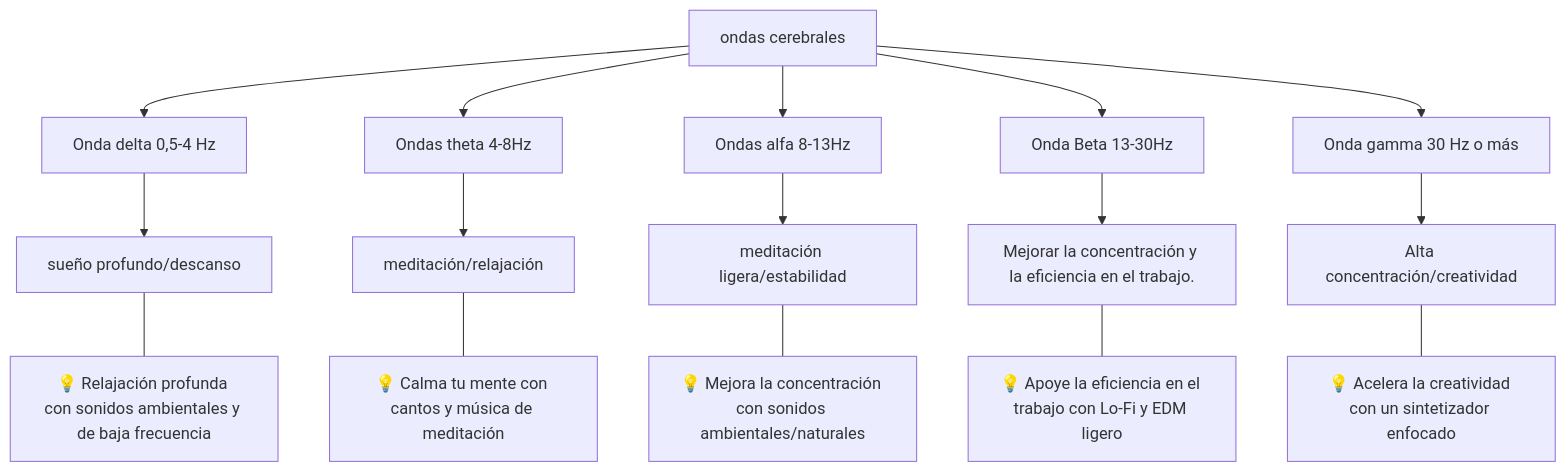
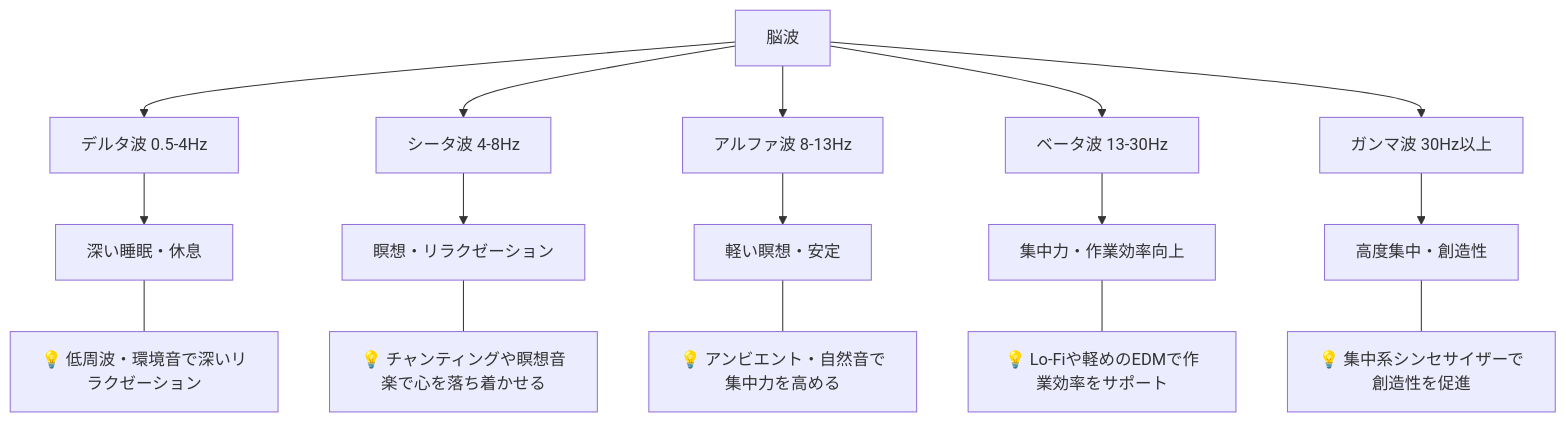
One commit to monumental-movement/monumental-movement.github.io changed the first of 4 diagrams in es/_posts/2025-11-09-column-yoga-music.md. Above: the diagram before and after it, drawn with Mermaid. The commit also changed other lines of this file and 299 other files, not shown here.

```diff
--- a/es/_posts/2025-11-09-column-yoga-music.md
+++ b/es/_posts/2025-11-09-column-yoga-music.md
@@ -118,25 +118,25 @@
 <div class="mermaid">
 
 flowchart TD
-    A[ondas cerebrales] --> B[Onda delta 0,5-4 Hz]
-    A --> C[Ondas theta 4-8Hz]
-    A --> D[Ondas alfa 8-13Hz]
-    A --> E[Onda Beta 13-30Hz]
-    A --> F[Onda gamma 30 Hz o más]
+    A[脳波] --> B[デルタ波 0.5-4Hz]
+    A --> C[シータ波 4-8Hz]
+    A --> D[アルファ波 8-13Hz]
+    A --> E[ベータ波 13-30Hz]
+    A --> F[ガンマ波 30Hz以上]
 
-    B --> B1[sueño profundo/descanso]
-    B1 --- BB["💡 Relajación profunda con sonidos ambientales y de baja frecuencia"]
+    B --> B1[深い睡眠・休息]
+    B1 --- BB["💡 低周波・環境音で深いリラクゼーション"]
     
-    C --> C1[meditación/relajación]
-    C1 --- CC["💡 Calma tu mente con cantos y música de meditación"]
+    C --> C1[瞑想・リラクゼーション]
+    C1 --- CC["💡 チャンティングや瞑想音楽で心を落ち着かせる"]
     
-    D --> D1[meditación ligera/estabilidad]
-    D1 --- DD["💡 Mejora la concentración con sonidos ambientales/naturales"]
+    D --> D1[軽い瞑想・安定]
+    D1 --- DD["💡 アンビエント・自然音で集中力を高める"]
     
-    E --> E1[Mejorar la concentración y la eficiencia en el trabajo.]
-    E1 --- EE["💡 Apoye la eficiencia en el trabajo con Lo-Fi y EDM ligero"]
+    E --> E1[集中力・作業効率向上]
+    E1 --- EE["💡 Lo-Fiや軽めのEDMで作業効率をサポート"]
     
-    F --> F1[Alta concentración/creatividad]
-    F1 --- FF["💡 Acelera la creatividad con un sintetizador enfocado"]
+    F --> F1[高度集中・創造性]
+    F1 --- FF["💡 集中系シンセサイザーで創造性を促進"]
 
 </div>
```
